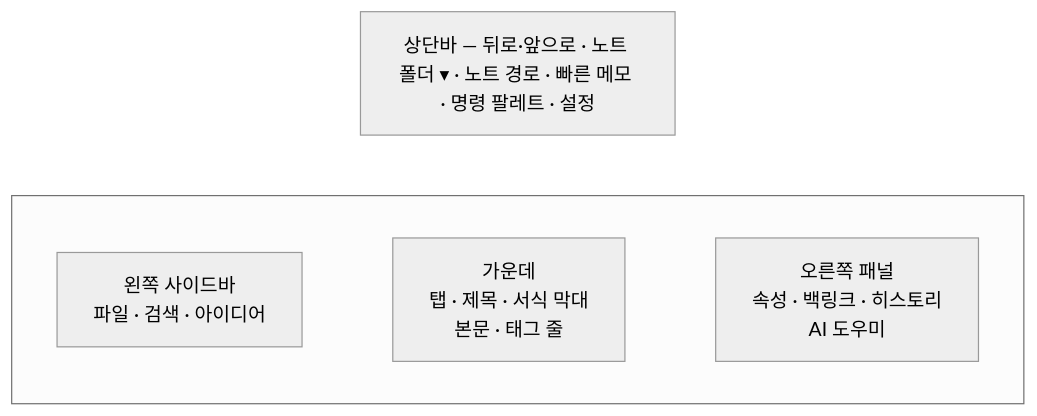
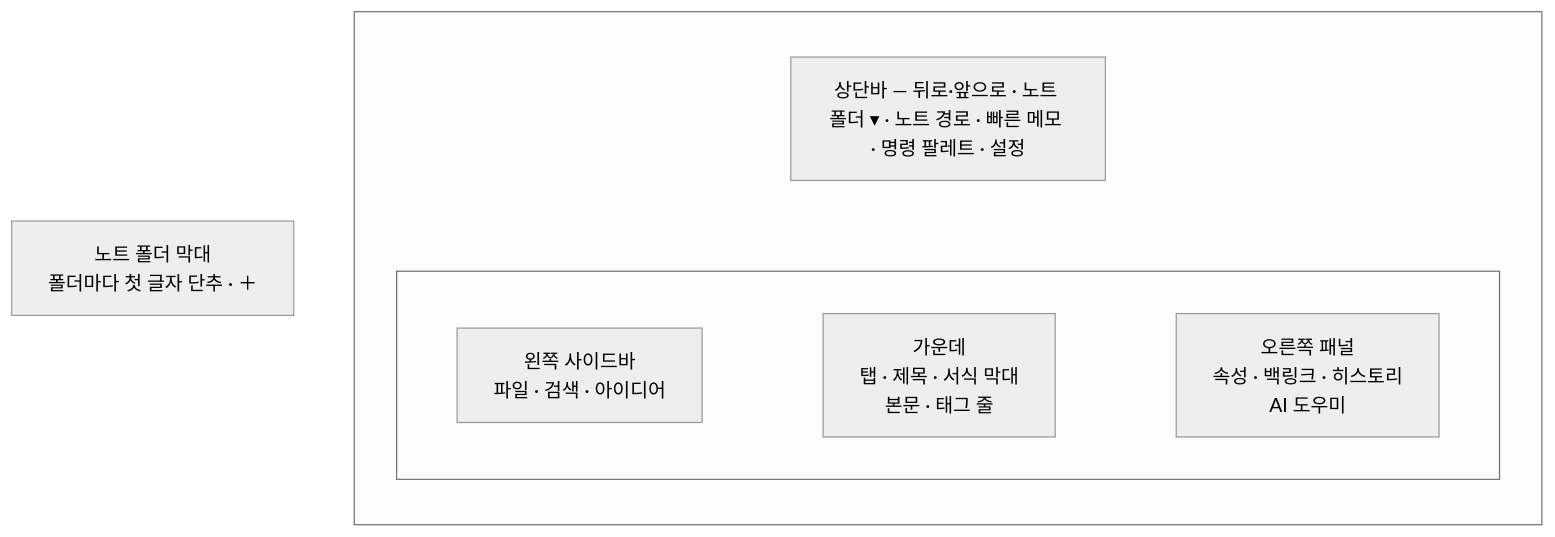
One commit to jinkyoin/notevine changed the diagram in docs/사용자매뉴얼.md. Above: the diagram before and after it, drawn with Mermaid (neutral theme). The commit also changed other lines of this file and 31 other files, not shown here.

````diff
--- a/docs/사용자매뉴얼.md
+++ b/docs/사용자매뉴얼.md
@@ -71,12 +83,17 @@
 ```mermaid
-flowchart TB
-  top["상단바 — 뒤로·앞으로 · 노트 폴더 ▾ · 노트 경로 · 빠른 메모 · 명령 팔레트 · 설정"]
-  subgraph screen[" "]
-    direction LR
-    left["왼쪽 사이드바<br/>파일 · 검색 · 아이디어"]
-    mid["가운데<br/>탭 · 제목 · 서식 막대<br/>본문 · 태그 줄"]
-    right["오른쪽 패널<br/>속성 · 백링크 · 히스토리<br/>AI 도우미"]
-    left ~~~ mid ~~~ right
+flowchart LR
+  rail["노트 폴더 막대<br/>폴더마다 첫 글자 단추 · ＋"]
+  subgraph app[" "]
+    direction TB
+    top["상단바 — 뒤로·앞으로 · 노트 폴더 ▾ · 노트 경로 · 빠른 메모 · 명령 팔레트 · 설정"]
+    subgraph screen[" "]
+      direction LR
+      left["왼쪽 사이드바<br/>파일 · 검색 · 아이디어"]
+      mid["가운데<br/>탭 · 제목 · 서식 막대<br/>본문 · 태그 줄"]
+      right["오른쪽 패널<br/>속성 · 백링크 · 히스토리<br/>AI 도우미"]
+      left ~~~ mid ~~~ right
+    end
+    top ~~~ screen
   end
-  top ~~~ screen
+  rail ~~~ app
 ```
````
